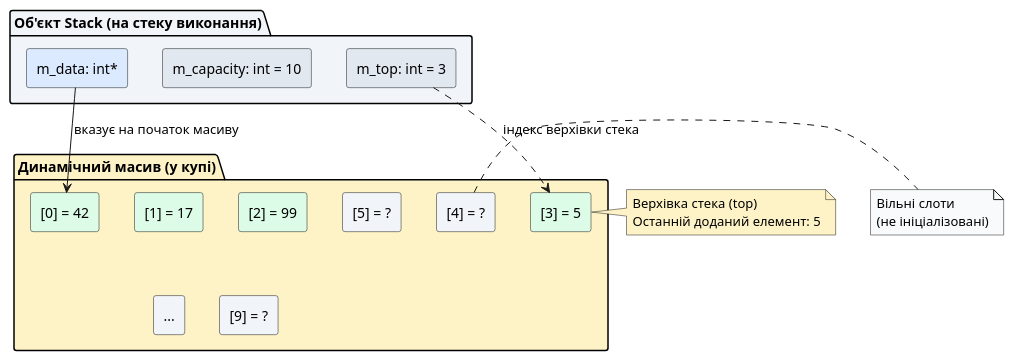
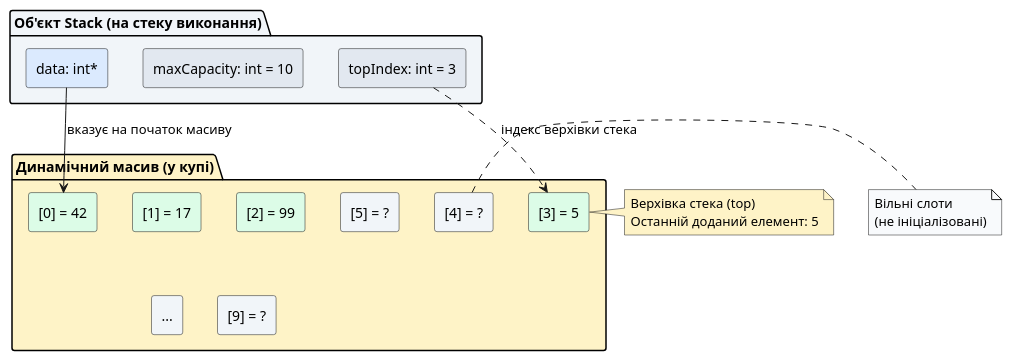
One commit to arakviel/kostyl.dev changed the first of 3 diagrams in content/02.cpp/89.custom-stack-queue.md. Above: the diagram before and after it, drawn with PlantUML. The commit also changed other lines of this file and 10 other files, not shown here.

````diff
--- a/content/02.cpp/89.custom-stack-queue.md
+++ b/content/02.cpp/89.custom-stack-queue.md
@@ -147,37 +147,37 @@
 ```plantuml
 @startuml
 skinparam style plain
 skinparam backgroundColor #FFFFFF
 
 package "Об'єкт Stack (на стеку виконання)" #F1F5F9 {
-    rectangle "m_data: int*" as ptr #DBEAFE
-    rectangle "m_capacity: int = 10" as cap #E2E8F0
-    rectangle "m_top: int = 3" as top #E2E8F0
+    rectangle "data: int*" as ptr #DBEAFE
+    rectangle "maxCapacity: int = 10" as cap #E2E8F0
+    rectangle "topIndex: int = 3" as top #E2E8F0
 }
 
 package "Динамічний масив (у купі)" #FEF3C7 {
     rectangle "[0] = 42" as e0 #DCFCE7
     rectangle "[1] = 17" as e1 #DCFCE7
     rectangle "[2] = 99" as e2 #DCFCE7
     rectangle "[3] = 5" as e3 #DCFCE7
     rectangle "[4] = ?" as e4 #F1F5F9
     rectangle "[5] = ?" as e5 #F1F5F9
     rectangle "..." as dots #F1F5F9
     rectangle "[9] = ?" as e9 #F1F5F9
 }
 
 ptr -down-> e0 : вказує на початок масиву
 top .down.> e3 : індекс верхівки стека
 
 note right of e3 #FEF3C7
   Верхівка стека (top)
   Останній доданий елемент: 5
 end note
 
 note right of e4 #F8FAFC
   Вільні слоти
   (не ініціалізовані)
 end note
 
 @enduml
 ```
````
